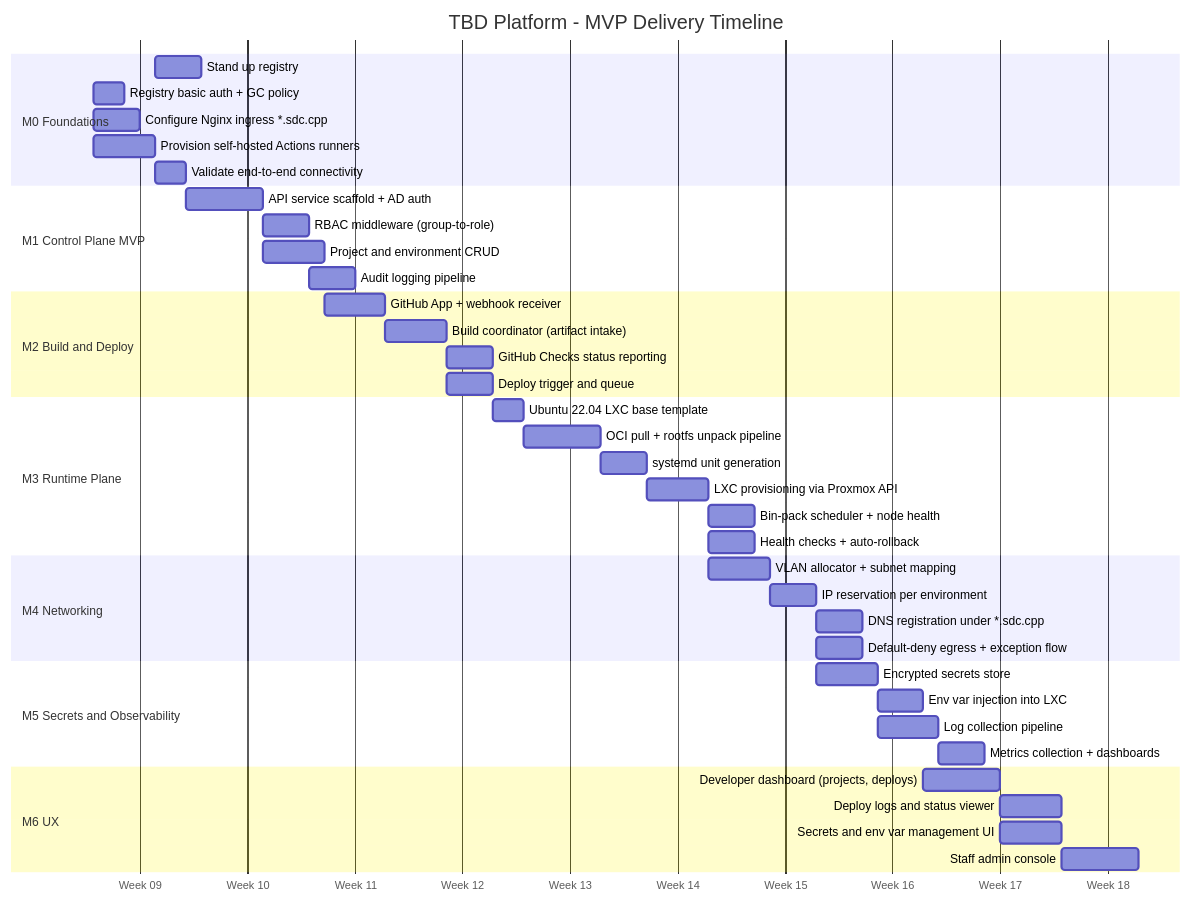
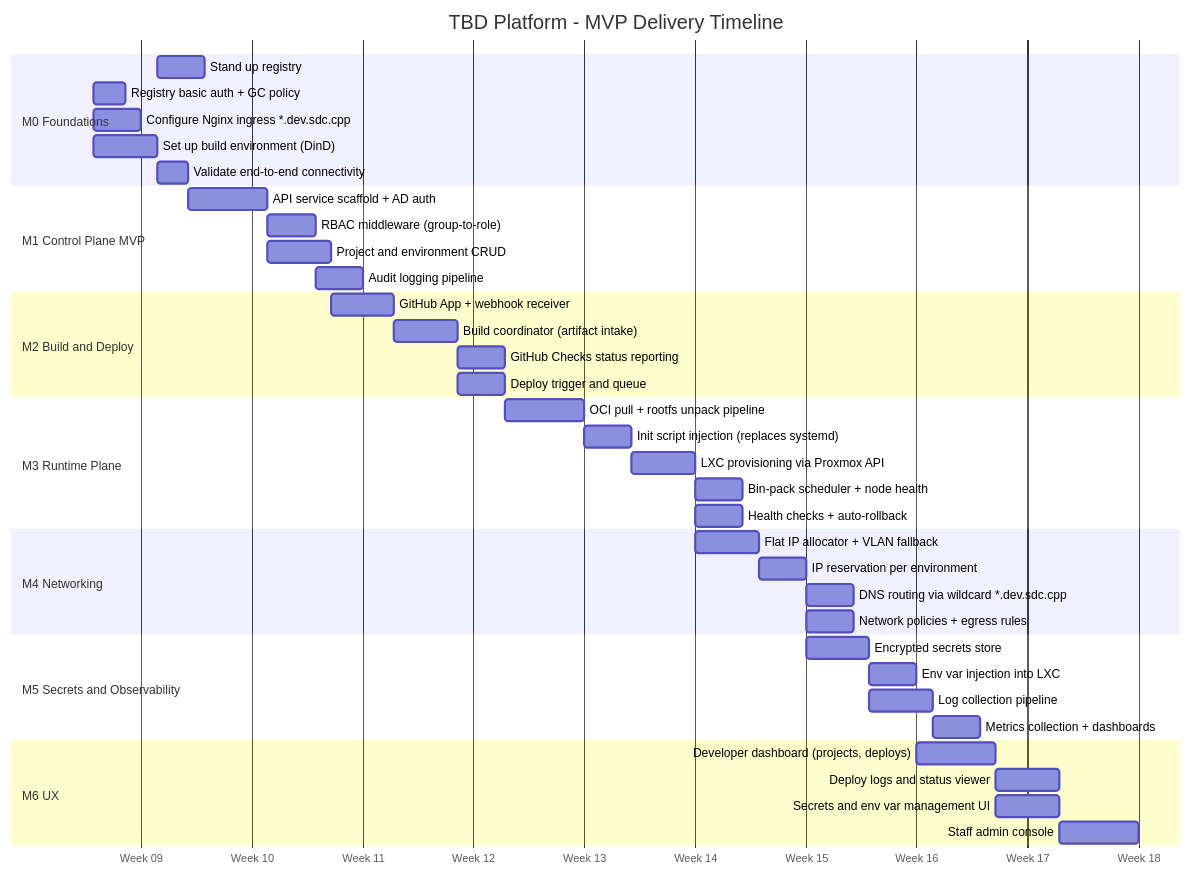
One commit to xdkaine/tbd-dev changed the first of 2 diagrams in docs/milestones.md. Above: the diagram before and after it, drawn with Mermaid. The commit also changed other lines of this file and 6 other files, not shown here.

````diff
--- a/docs/milestones.md
+++ b/docs/milestones.md
@@ -33,51 +11,50 @@
 ```mermaid
 gantt
     title TBD Platform - MVP Delivery Timeline
     dateFormat  YYYY-MM-DD
     axisFormat  Week %W
 
     section M0 Foundations
     Stand up registry:2 on NFS           :m0a, 2026-03-09, 3d
     Registry basic auth + GC policy      :m0a2, after m0a, 2d
-    Configure Nginx ingress *.sdc.cpp    :m0b, after m0a, 3d
-    Provision self-hosted Actions runners :m0c, after m0a, 4d
+    Configure Nginx ingress *.dev.sdc.cpp :m0b, after m0a, 3d
+    Set up build environment (DinD)      :m0c, after m0a, 4d
     Validate end-to-end connectivity     :m0d, after m0c, 2d
 
     section M1 Control Plane MVP
     API service scaffold + AD auth       :m1a, after m0d, 5d
     RBAC middleware (group-to-role)       :m1b, after m1a, 3d
     Project and environment CRUD         :m1c, after m1a, 4d
     Audit logging pipeline               :m1d, after m1b, 3d
 
     section M2 Build and Deploy
     GitHub App + webhook receiver        :m2a, after m1c, 4d
     Build coordinator (artifact intake)  :m2b, after m2a, 4d
     GitHub Checks status reporting       :m2c, after m2b, 3d
     Deploy trigger and queue             :m2d, after m2b, 3d
 
     section M3 Runtime Plane
-    Ubuntu 22.04 LXC base template       :m3pre, after m2d, 2d
-    OCI pull + rootfs unpack pipeline    :m3a, after m3pre, 5d
-    systemd unit generation              :m3b, after m3a, 3d
+    OCI pull + rootfs unpack pipeline    :m3a, after m2d, 5d
+    Init script injection (replaces systemd) :m3b, after m3a, 3d
     LXC provisioning via Proxmox API     :m3c, after m3b, 4d
     Bin-pack scheduler + node health     :m3s, after m3c, 3d
     Health checks + auto-rollback        :m3d, after m3c, 3d
 
     section M4 Networking
-    VLAN allocator + subnet mapping      :m4a, after m3c, 4d
+    Flat IP allocator + VLAN fallback    :m4a, after m3c, 4d
     IP reservation per environment       :m4b, after m4a, 3d
-    DNS registration under *.sdc.cpp     :m4c, after m4b, 3d
-    Default-deny egress + exception flow :m4d, after m4b, 3d
+    DNS routing via wildcard *.dev.sdc.cpp :m4c, after m4b, 3d
+    Network policies + egress rules      :m4d, after m4b, 3d
 
     section M5 Secrets and Observability
     Encrypted secrets store              :m5a, after m4b, 4d
     Env var injection into LXC           :m5b, after m5a, 3d
     Log collection pipeline              :m5c, after m5a, 4d
     Metrics collection + dashboards      :m5d, after m5c, 3d
 
     section M6 UX
     Developer dashboard (projects, deploys) :m6a, after m5b, 5d
     Deploy logs and status viewer           :m6b, after m6a, 4d
     Secrets and env var management UI       :m6c, after m6a, 4d
     Staff admin console                     :m6d, after m6b, 5d
 ```
````
